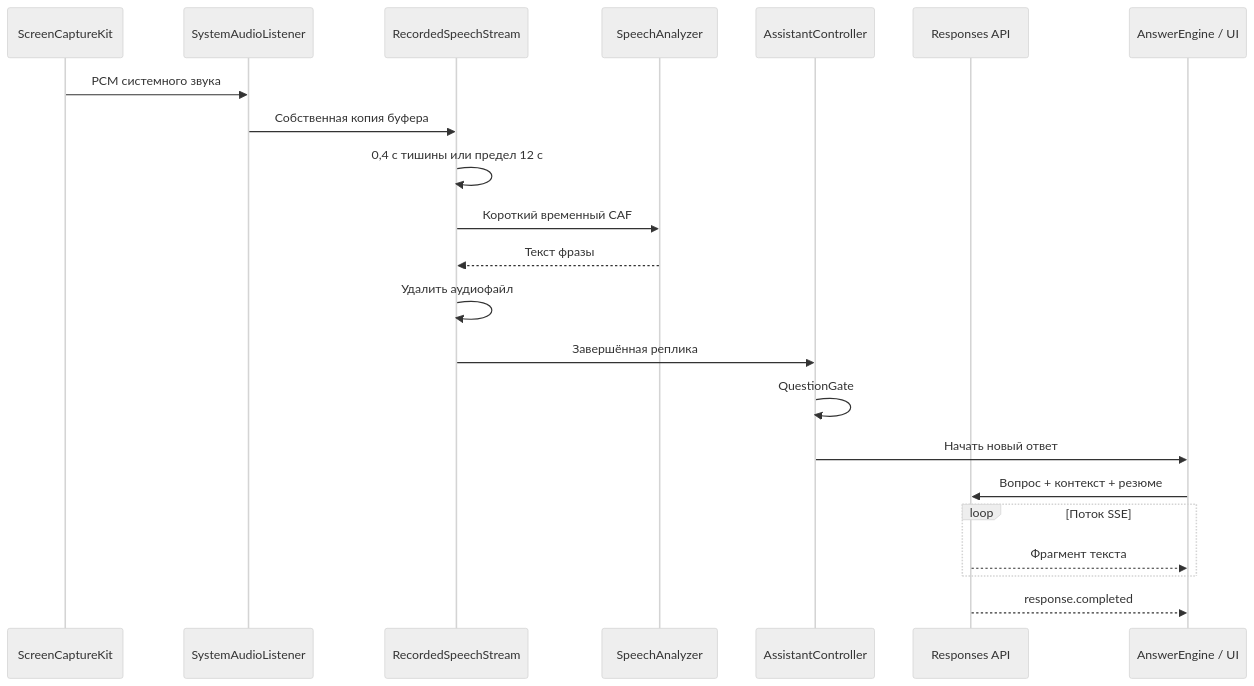
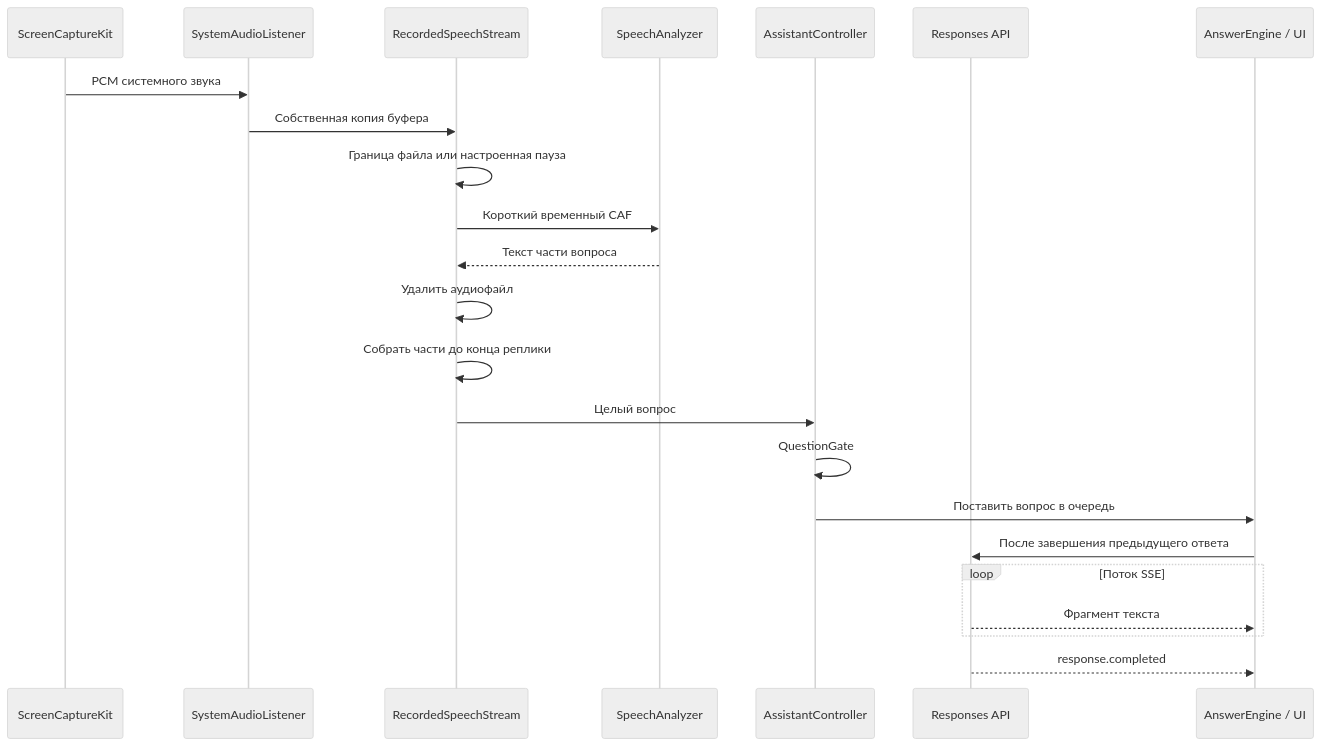
The first of 2 diagrams in Documentation/architecture.md (meloch287/dakt), drawn with Mermaid (neutral theme) before and after one commit. The commit also changed other lines of this file and 28 other files, not shown here.

````diff
--- a/Documentation/architecture.md
+++ b/Documentation/architecture.md
@@ -23,24 +23,25 @@
 ```mermaid
 sequenceDiagram
     participant OS as ScreenCaptureKit
     participant Audio as SystemAudioListener
     participant Clips as RecordedSpeechStream
     participant Speech as SpeechAnalyzer
     participant App as AssistantController
     participant Model as Responses API
     participant UI as AnswerEngine / UI
     OS->>Audio: PCM системного звука
     Audio->>Clips: Собственная копия буфера
-    Clips->>Clips: 0,4 с тишины или предел 12 с
+    Clips->>Clips: Граница файла или настроенная пауза
     Clips->>Speech: Короткий временный CAF
-    Speech-->>Clips: Текст фразы
+    Speech-->>Clips: Текст части вопроса
     Clips->>Clips: Удалить аудиофайл
-    Clips->>App: Завершённая реплика
+    Clips->>Clips: Собрать части до конца реплики
+    Clips->>App: Целый вопрос
     App->>App: QuestionGate
-    App->>UI: Начать новый ответ
-    UI->>Model: Вопрос + контекст + резюме
+    App->>UI: Поставить вопрос в очередь
+    UI->>Model: После завершения предыдущего ответа
     loop Поток SSE
         Model-->>UI: Фрагмент текста
     end
     Model-->>UI: response.completed
 ```
````
